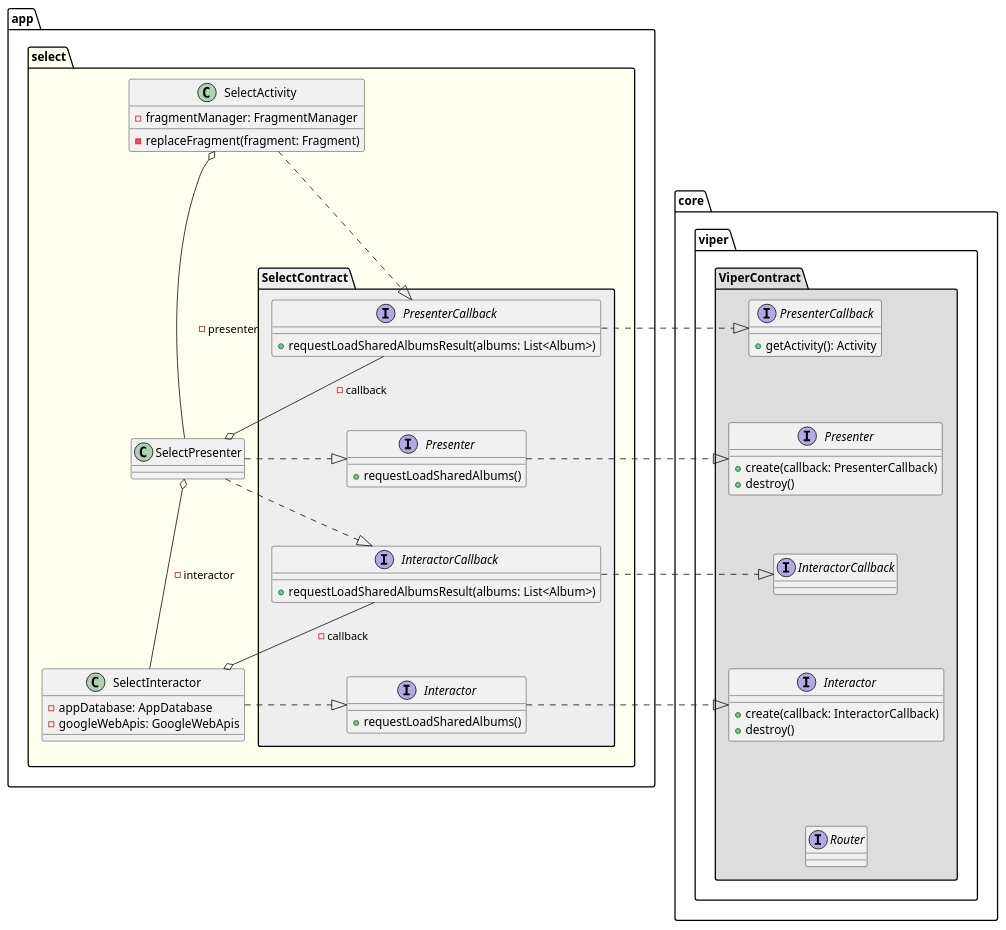
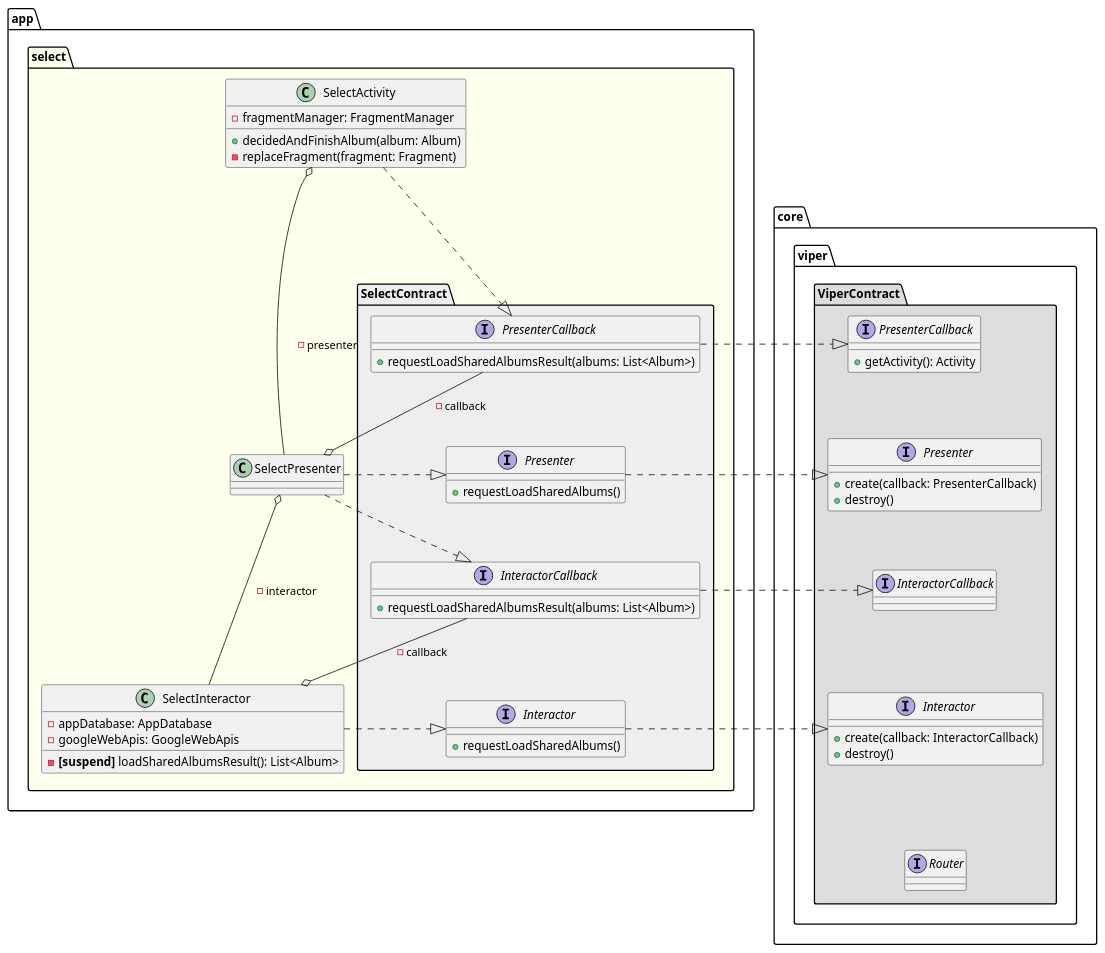
One commit to sallyluenoa/PhotoSlideShow changed the diagram in uml/select/class_diagram_select_viper.md. Above: the diagram before and after it, drawn with PlantUML. The commit also changed 18 other files, not shown here.

First line of the commit message:
Write UML for design #13

```diff
--- a/uml/select/class_diagram_select_viper.md
+++ b/uml/select/class_diagram_select_viper.md
@@ -1,71 +1,73 @@
 @startuml
 namespace core.viper.ViperContract #DDDDDD {
   interface Presenter {
     + create(callback: PresenterCallback)
     + destroy()
   }
   interface PresenterCallback {
     + getActivity(): Activity
   }
   interface Interactor {
     + create(callback: InteractorCallback)
     + destroy()
   }
   interface InteractorCallback
   interface Router
 
   PresenterCallback -[hidden]-> Presenter
   Presenter -[hidden]-> InteractorCallback
   InteractorCallback -[hidden]-> Interactor
   Interactor -[hidden]-> Router
 }
 
 namespace app.select #FFFFEE {
 
   namespace app.select.SelectContract #EEEEEE {
     interface Presenter {
       + requestLoadSharedAlbums()
     }
     interface PresenterCallback {
       + requestLoadSharedAlbumsResult(albums: List<Album>)
     }
     interface Interactor {
       + requestLoadSharedAlbums()
     }
     interface InteractorCallback {
       + requestLoadSharedAlbumsResult(albums: List<Album>)
     }
 
     PresenterCallback -[hidden]-> Presenter
     Presenter -[hidden]-> InteractorCallback
     InteractorCallback -[hidden]-> Interactor
   }
 
   class SelectActivity {
     - fragmentManager: FragmentManager
+    + decidedAndFinishAlbum(album: Album)
     - replaceFragment(fragment: Fragment)
   }
   class SelectPresenter
   class SelectInteractor {
     - appDatabase: AppDatabase
     - googleWebApis: GoogleWebApis
+    - <b>[suspend]</b> loadSharedAlbumsResult(): List<Album>
   }
 
   SelectActivity o-down-- SelectPresenter: - presenter
   SelectPresenter o-down-- SelectInteractor: - interactor
 
   SelectPresenter .right.|> app.select.SelectContract.Presenter
   SelectInteractor .right.|> app.select.SelectContract.Interactor
 
   SelectPresenter o-up- app.select.SelectContract.PresenterCallback: - callback
   SelectInteractor o-up- app.select.SelectContract.InteractorCallback: - callback
 
   SelectActivity .down.|> app.select.SelectContract.PresenterCallback
   SelectPresenter .down.|> app.select.SelectContract.InteractorCallback
 }
 
 app.select.SelectContract.PresenterCallback .right.|> core.viper.ViperContract.PresenterCallback
 app.select.SelectContract.Presenter .right.|> core.viper.ViperContract.Presenter
 app.select.SelectContract.InteractorCallback .right.|> core.viper.ViperContract.InteractorCallback
 app.select.SelectContract.Interactor .right.|> core.viper.ViperContract.Interactor
 @enduml
```
